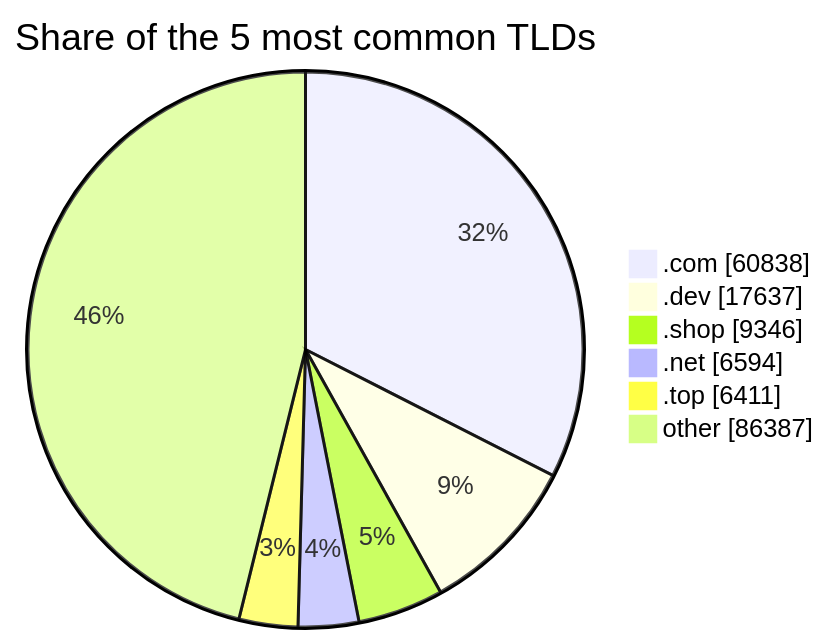
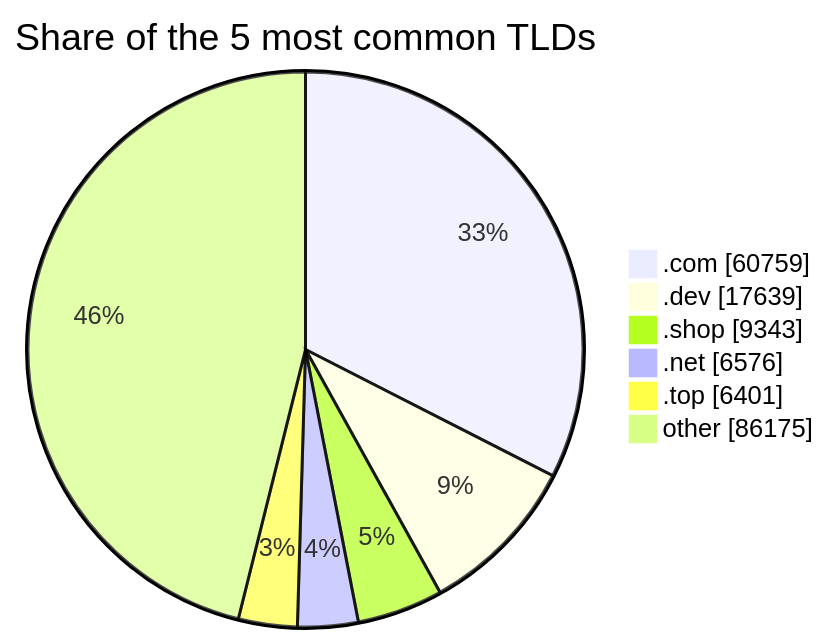
Before and after one commit to DNSBunker/CTI: the third of 3 diagrams in README.md, drawn with Mermaid. The commit also changed other lines of this file and 3 other files, not shown here.

````diff
--- a/README.md
+++ b/README.md
@@ -81,9 +81,9 @@
 ```mermaid
 pie showData title Share of the 5 most common TLDs
-    ".com" : 60838
-    ".dev" : 17637
-    ".shop" : 9346
-    ".net" : 6594
-    ".top" : 6411
-    "other" : 86387
+    ".com" : 60759
+    ".dev" : 17639
+    ".shop" : 9343
+    ".net" : 6576
+    ".top" : 6401
+    "other" : 86175
 ```
````
